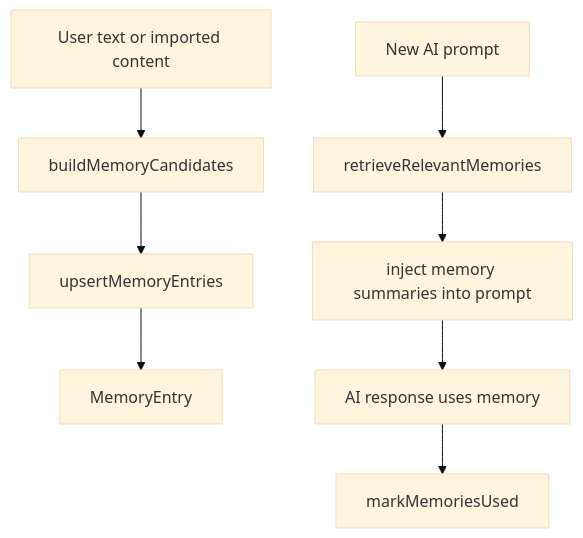
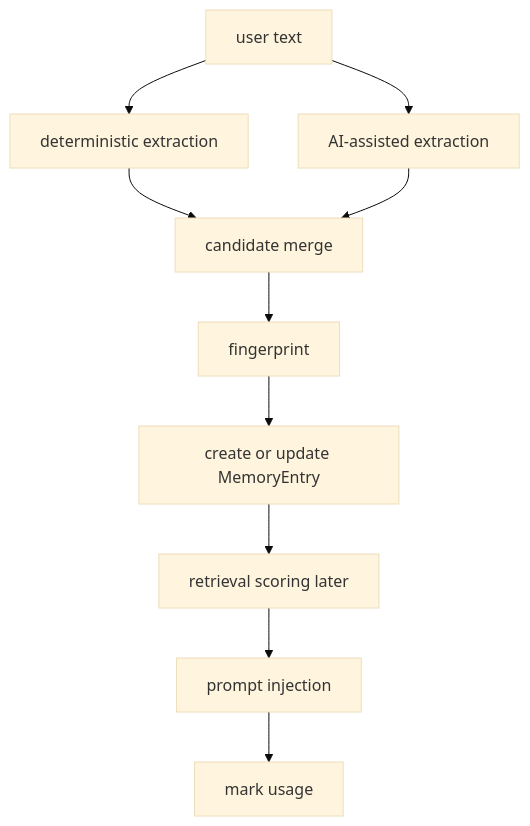
One commit to Ganesh172919/Backend_Practice changed the diagram in docs/ai/18-memory-system-overview.md. Above: the diagram before and after it, drawn with Mermaid (base theme). The commit also changed other lines of this file and 122 other files, not shown here.

````diff
--- a/docs/ai/18-memory-system-overview.md
+++ b/docs/ai/18-memory-system-overview.md
@@ -29,10 +33,12 @@
 ```mermaid
 flowchart TD
-    Input["User text or imported content"] --> Extract["buildMemoryCandidates"]
-    Extract --> Upsert["upsertMemoryEntries"]
-    Upsert --> Store["MemoryEntry"]
-    Query["New AI prompt"] --> Retrieve["retrieveRelevantMemories"]
-    Retrieve --> Prompt["inject memory summaries into prompt"]
-    Prompt --> Use["AI response uses memory"]
-    Use --> Mark["markMemoriesUsed"]
+  A["user text"] --> B["deterministic extraction"]
+  A --> C["AI-assisted extraction"]
+  B --> D["candidate merge"]
+  C --> D
+  D --> E["fingerprint"]
+  E --> F["create or update MemoryEntry"]
+  F --> G["retrieval scoring later"]
+  G --> H["prompt injection"]
+  H --> I["mark usage"]
 ```
````
